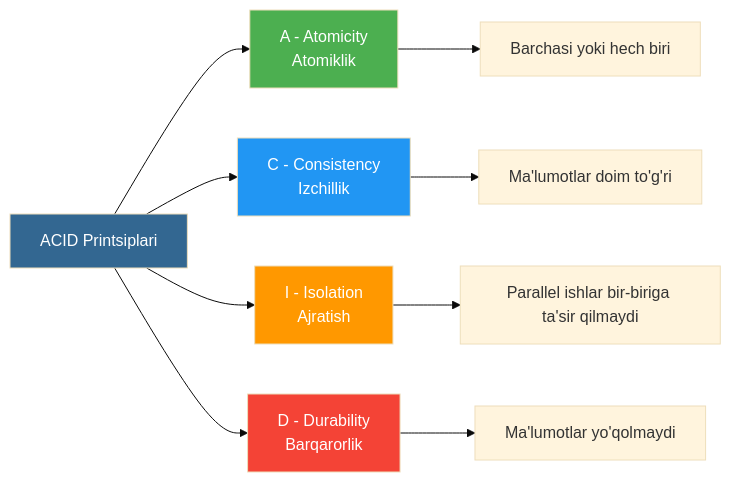
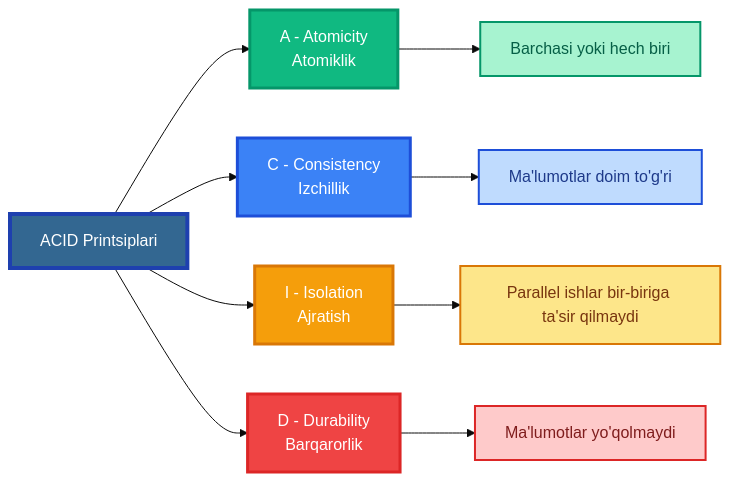
One commit to deepcode-academy/PSQL-Tutorials changed the third of 8 diagrams in 01-postgresql/README.md. Above: the diagram before and after it, drawn with Mermaid (base theme). The commit also changed other lines of this file, not shown here.

````diff
--- a/01-postgresql/README.md
+++ b/01-postgresql/README.md
@@ -89,18 +93,22 @@
 ```mermaid
 graph LR
     A[ACID Printsiplari] --> B[A - Atomicity<br/>Atomiklik]
     A --> C[C - Consistency<br/>Izchillik]
     A --> D[I - Isolation<br/>Ajratish]
     A --> E[D - Durability<br/>Barqarorlik]
     
     B --> F[Barchasi yoki hech biri]
     C --> G[Ma'lumotlar doim to'g'ri]
     D --> H[Parallel ishlar bir-biriga ta'sir qilmaydi]
     E --> I[Ma'lumotlar yo'qolmaydi]
     
-    style A fill:#336791,color:#fff
-    style B fill:#4CAF50,color:#fff
-    style C fill:#2196F3,color:#fff
-    style D fill:#FF9800,color:#fff
-    style E fill:#F44336,color:#fff
+    style A fill:#336791,color:#fff,stroke:#1e40af,stroke-width:4px
+    style B fill:#10b981,color:#fff,stroke:#059669,stroke-width:3px
+    style C fill:#3b82f6,color:#fff,stroke:#1d4ed8,stroke-width:3px
+    style D fill:#f59e0b,color:#fff,stroke:#d97706,stroke-width:3px
+    style E fill:#ef4444,color:#fff,stroke:#dc2626,stroke-width:3px
+    style F fill:#a7f3d0,color:#065f46,stroke:#059669,stroke-width:2px
+    style G fill:#bfdbfe,color:#1e3a8a,stroke:#1d4ed8,stroke-width:2px
+    style H fill:#fde68a,color:#78350f,stroke:#d97706,stroke-width:2px
+    style I fill:#fecaca,color:#7f1d1d,stroke:#dc2626,stroke-width:2px
 ```
````
